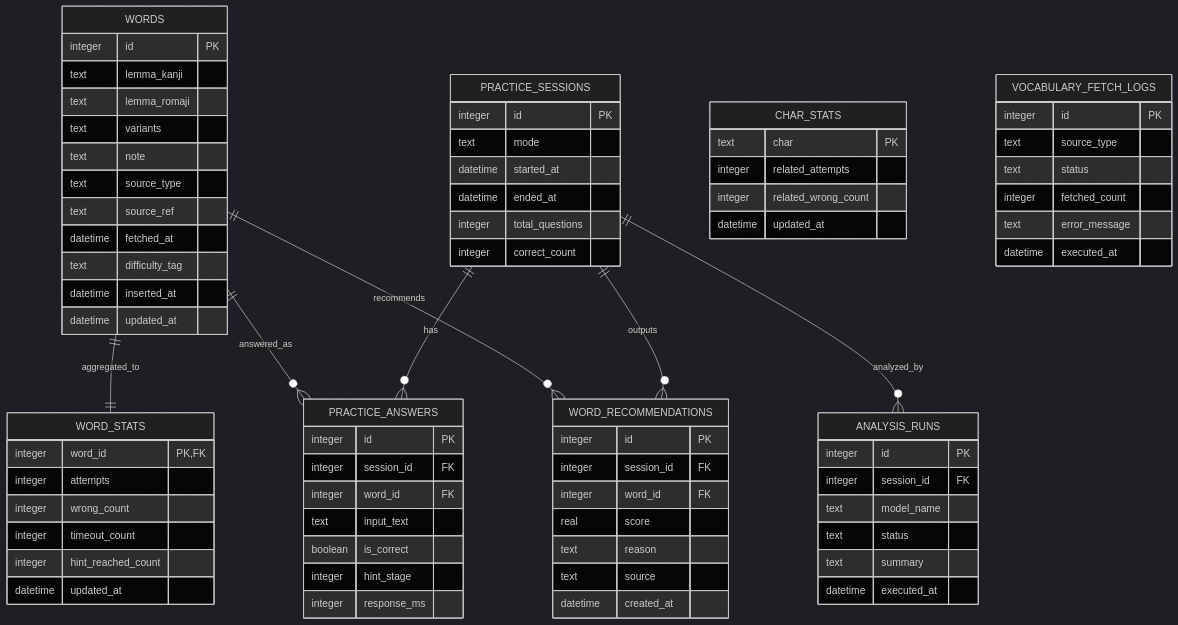
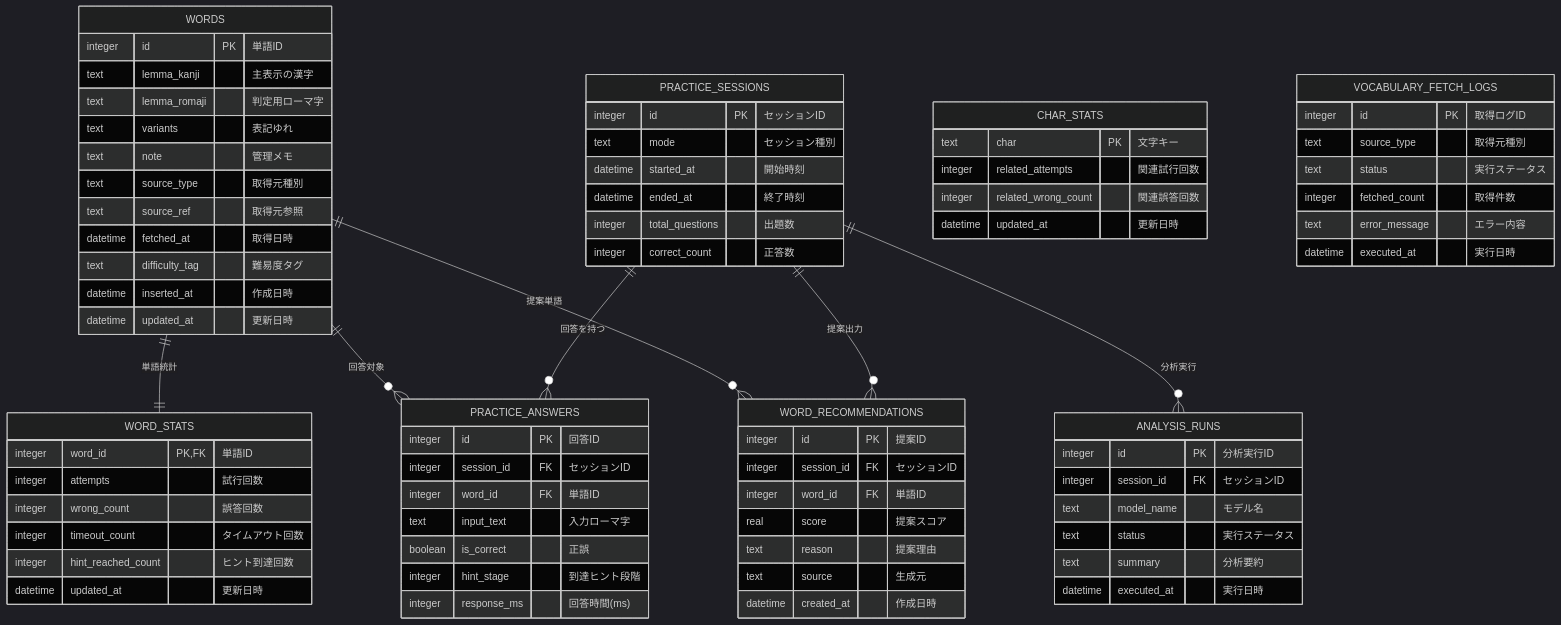
One commit to ymn-t-yamanashi/word_practice changed the diagram in doc/ER図.md. Above: the diagram before and after it, drawn with Mermaid (dark theme).

Commit message:
ER図の表示コメントを日本語化

````diff
--- a/doc/ER図.md
+++ b/doc/ER図.md
@@ -3,139 +3,86 @@
 ```mermaid
 erDiagram
     WORDS {
-        %% 単語ID
-        integer id PK
-        %% 主表示用の漢字表記
-        text lemma_kanji
-        %% 判定用のローマ字表記
-        text lemma_romaji
-        %% 表記ゆれ（かな/カナ/英字）
-        text variants
-        %% 管理メモ
-        text note
-        %% 取得元種別（manual/local_seed/internet/llm）
-        text source_type
-        %% 取得元の参照情報（URLやモデル名など）
-        text source_ref
-        %% 取得日時
-        datetime fetched_at
-        %% 難易度タグ
-        text difficulty_tag
-        %% 作成日時
-        datetime inserted_at
-        %% 更新日時
-        datetime updated_at
+        integer id PK "単語ID"
+        text lemma_kanji "主表示の漢字"
+        text lemma_romaji "判定用ローマ字"
+        text variants "表記ゆれ"
+        text note "管理メモ"
+        text source_type "取得元種別"
+        text source_ref "取得元参照"
+        datetime fetched_at "取得日時"
+        text difficulty_tag "難易度タグ"
+        datetime inserted_at "作成日時"
+        datetime updated_at "更新日時"
     }
 
     PRACTICE_SESSIONS {
-        %% セッションID
-        integer id PK
-        %% セッション種別（practice/review）
-        text mode
-        %% 開始時刻
-        datetime started_at
-        %% 終了時刻
-        datetime ended_at
-        %% 出題数
-        integer total_questions
-        %% 正答数
-        integer correct_count
+        integer id PK "セッションID"
+        text mode "セッション種別"
+        datetime started_at "開始時刻"
+        datetime ended_at "終了時刻"
+        integer total_questions "出題数"
+        integer correct_count "正答数"
     }
 
     PRACTICE_ANSWERS {
-        %% 回答ID
-        integer id PK
-        %% セッションID
-        integer session_id FK
-        %% 出題単語ID
-        integer word_id FK
-        %% ユーザー入力（ローマ字）
-        text input_text
-        %% 正誤
-        boolean is_correct
-        %% 到達ヒント段階
-        integer hint_stage
-        %% 回答時間(ms)
-        integer response_ms
+        integer id PK "回答ID"
+        integer session_id FK "セッションID"
+        integer word_id FK "単語ID"
+        text input_text "入力ローマ字"
+        boolean is_correct "正誤"
+        integer hint_stage "到達ヒント段階"
+        integer response_ms "回答時間(ms)"
     }
 
     WORD_STATS {
-        %% 単語ID（WORDSと1対1）
-        integer word_id PK,FK
-        %% 試行回数
-        integer attempts
-        %% 誤答回数
-        integer wrong_count
-        %% タイムアウト回数
-        integer timeout_count
-        %% ヒント到達回数
-        integer hint_reached_count
-        %% 更新日時
-        datetime updated_at
+        integer word_id PK,FK "単語ID"
+        integer attempts "試行回数"
+        integer wrong_count "誤答回数"
+        integer timeout_count "タイムアウト回数"
+        integer hint_reached_count "ヒント到達回数"
+        datetime updated_at "更新日時"
     }
 
     CHAR_STATS {
-        %% 文字（キー）
-        text char PK
-        %% 関連試行回数
-        integer related_attempts
-        %% 関連誤答回数
-        integer related_wrong_count
-        %% 更新日時
-        datetime updated_at
+        text char PK "文字キー"
+        integer related_attempts "関連試行回数"
+        integer related_wrong_count "関連誤答回数"
+        datetime updated_at "更新日時"
     }
 
     VOCABULARY_FETCH_LOGS {
-        %% 取得ログID
-        integer id PK
-        %% 取得元種別
-        text source_type
-        %% 実行結果ステータス
-        text status
-        %% 取得件数
-        integer fetched_count
-        %% エラーメッセージ
-        text error_message
-        %% 実行日時
-        datetime executed_at
+        integer id PK "取得ログID"
+        text source_type "取得元種別"
+        text status "実行ステータス"
+        integer fetched_count "取得件数"
+        text error_message "エラー内容"
+        datetime executed_at "実行日時"
     }
 
     ANALYSIS_RUNS {
-        %% 分析実行ID
-        integer id PK
-        %% 対象セッションID
-        integer session_id FK
-        %% 利用モデル名
-        text model_name
-        %% 実行結果ステータス
-        text status
-        %% 分析要約
-        text summary
-        %% 実行日時
-        datetime executed_at
+        integer id PK "分析実行ID"
+        integer session_id FK "セッションID"
+        text model_name "モデル名"
+        text status "実行ステータス"
+        text summary "分析要約"
+        datetime executed_at "実行日時"
     }
 
     WORD_RECOMMENDATIONS {
-        %% 提案ID
-        integer id PK
-        %% 対象セッションID
-        integer session_id FK
-        %% 提案単語ID
-        integer word_id FK
-        %% 提案スコア
-        real score
-        %% 提案理由
-        text reason
-        %% 生成元（rule/llm/hybrid）
-        text source
-        %% 作成日時
-        datetime created_at
+        integer id PK "提案ID"
+        integer session_id FK "セッションID"
+        integer word_id FK "単語ID"
+        real score "提案スコア"
+        text reason "提案理由"
+        text source "生成元"
+        datetime created_at "作成日時"
     }
 
-    PRACTICE_SESSIONS ||--o{ PRACTICE_ANSWERS : has
-    WORDS ||--o{ PRACTICE_ANSWERS : answered_as
-    WORDS ||--|| WORD_STATS : aggregated_to
-    PRACTICE_SESSIONS ||--o{ ANALYSIS_RUNS : analyzed_by
-    PRACTICE_SESSIONS ||--o{ WORD_RECOMMENDATIONS : outputs
-    WORDS ||--o{ WORD_RECOMMENDATIONS : recommends
+    PRACTICE_SESSIONS ||--o{ PRACTICE_ANSWERS : 回答を持つ
+    WORDS ||--o{ PRACTICE_ANSWERS : 回答対象
+    WORDS ||--|| WORD_STATS : 単語統計
+    PRACTICE_SESSIONS ||--o{ ANALYSIS_RUNS : 分析実行
+    PRACTICE_SESSIONS ||--o{ WORD_RECOMMENDATIONS : 提案出力
+    WORDS ||--o{ WORD_RECOMMENDATIONS : 提案単語
 ```
````
